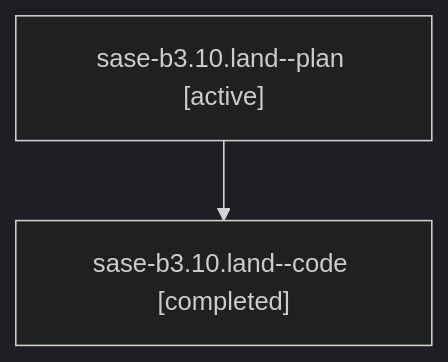
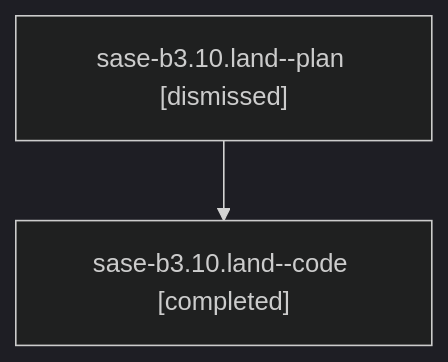
The diagram in sessions/bbugyi200.athena.sase-b3.10.land.md (sase-org/sase--agents), drawn with Mermaid (dark theme) before and after one commit. The commit also changed other lines of this file and 118 other files, not shown here.

````diff
--- a/sessions/bbugyi200.athena.sase-b3.10.land.md
+++ b/sessions/bbugyi200.athena.sase-b3.10.land.md
@@ -9,6 +9,6 @@
 ```mermaid
 flowchart TD
-  n0["sase-b3.10.land--plan [active]"]
+  n0["sase-b3.10.land--plan [dismissed]"]
   n1["sase-b3.10.land--code [completed]"]
   n0 --> n1
 ```
````
